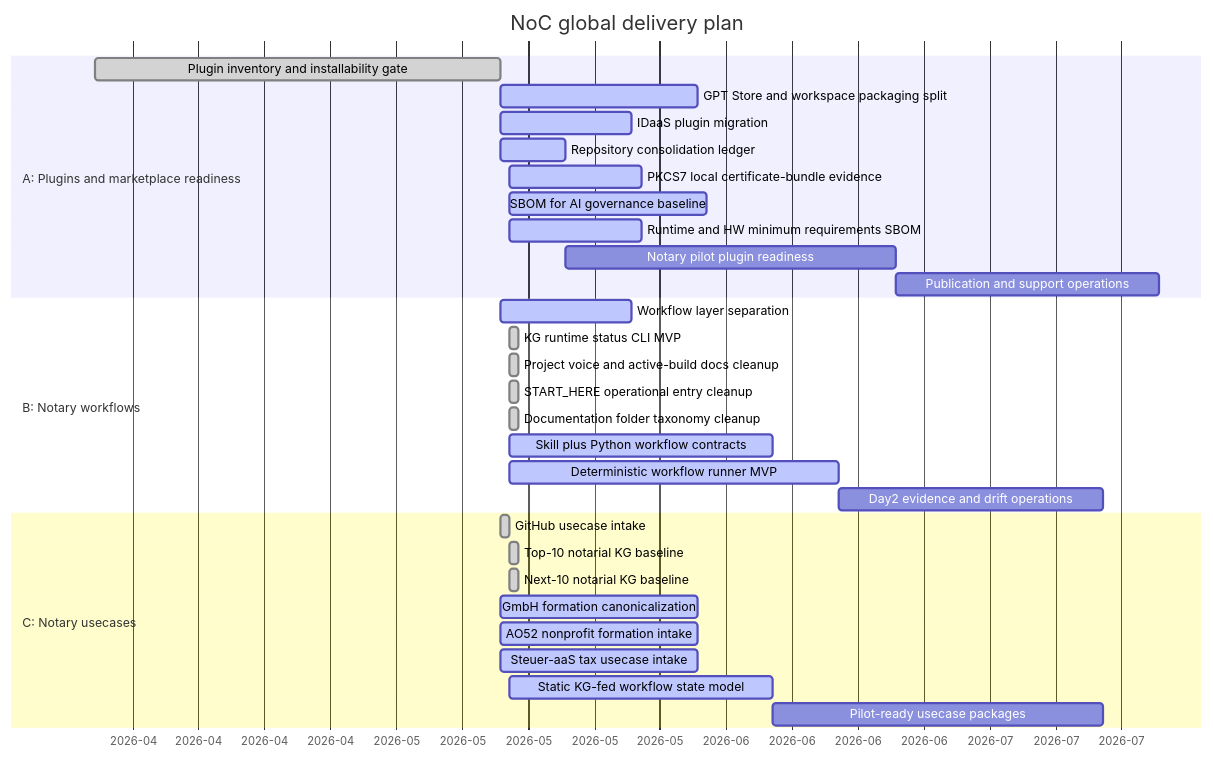
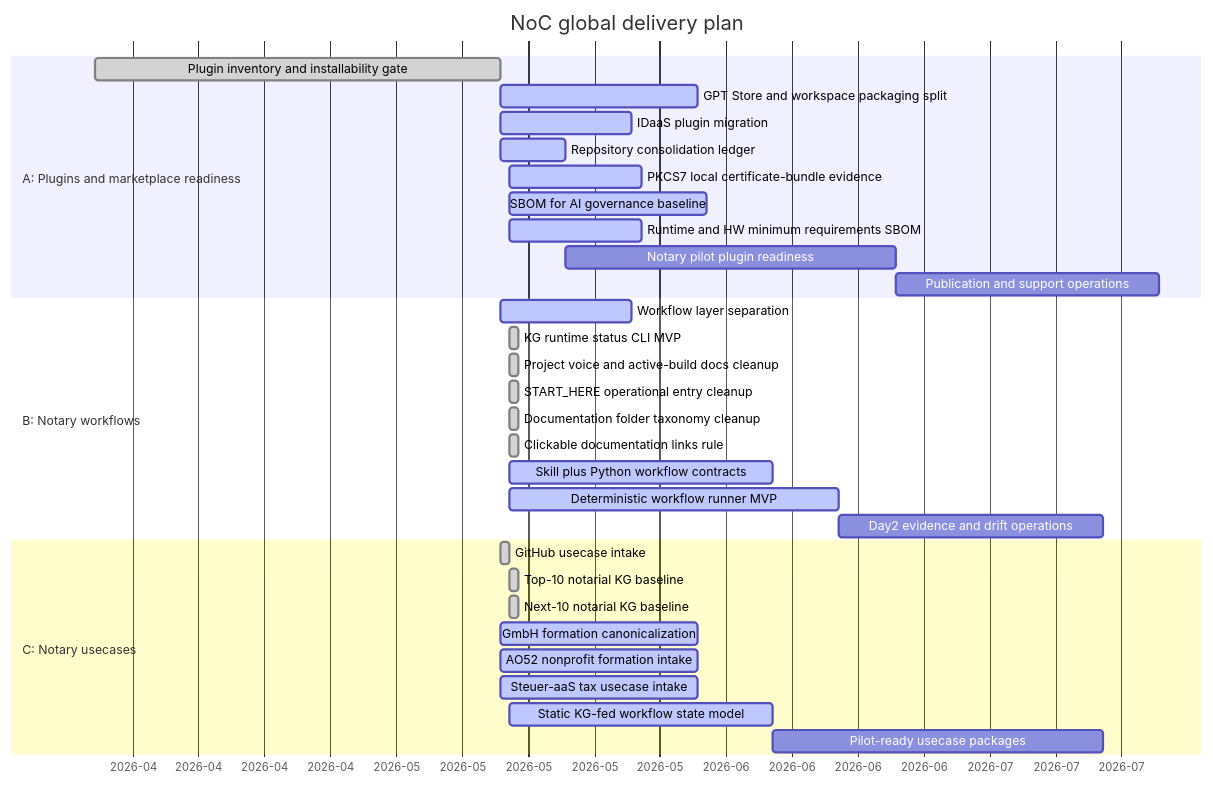
The diagram in roadmap/GANTT.md (notariat8/NaC), drawn with Mermaid before and after one commit. The commit also changed other lines of this file and 37 other files, not shown here.

Commit message:
Enforce clickable documentation links

````diff
--- a/roadmap/GANTT.md
+++ b/roadmap/GANTT.md
@@ -12,37 +12,38 @@
 ```mermaid
 gantt
     title NoC global delivery plan
     dateFormat  YYYY-MM-DD
     axisFormat  %Y-%m
 
     section A: Plugins and marketplace readiness
     Plugin inventory and installability gate     :done,    a1, 2026-04-01, 2026-05-14
     GPT Store and workspace packaging split      :active,  a2, 2026-05-14, 21d
     IDaaS plugin migration                       :active,  a3, 2026-05-14, 14d
     Repository consolidation ledger              :active,  a4, 2026-05-14, 7d
     PKCS7 local certificate-bundle evidence      :active,  a4a, 2026-05-15, 14d
     SBOM for AI governance baseline              :active,  a4b, 2026-05-15, 21d
     Runtime and HW minimum requirements SBOM     :active,  a4c, 2026-05-15, 14d
     Notary pilot plugin readiness                :         a5, after a4, 35d
     Publication and support operations           :         a6, after a5, 28d
 
     section B: Notary workflows
     Workflow layer separation                    :active,  b1, 2026-05-14, 14d
     KG runtime status CLI MVP                    :done,    b1a, 2026-05-15, 1d
     Project voice and active-build docs cleanup  :done,    b1b, 2026-05-15, 1d
     START_HERE operational entry cleanup         :done,    b1c, 2026-05-15, 1d
     Documentation folder taxonomy cleanup        :done,    b1d, 2026-05-15, 1d
+    Clickable documentation links rule           :done,    b1e, 2026-05-15, 1d
     Skill plus Python workflow contracts         :active,  b2, 2026-05-15, 28d
     Deterministic workflow runner MVP            :active,  b3, 2026-05-15, 35d
     Day2 evidence and drift operations           :         b4, after b3, 28d
 
     section C: Notary usecases
     GitHub usecase intake                        :done,    c1, 2026-05-14, 1d
     Top-10 notarial KG baseline                  :done,    c2, 2026-05-15, 1d
     Next-10 notarial KG baseline                 :done,    c3, 2026-05-15, 1d
     GmbH formation canonicalization              :active,  c4, 2026-05-14, 21d
     AO52 nonprofit formation intake              :active,  c5, 2026-05-14, 21d
     Steuer-aaS tax usecase intake                :active,  c6, 2026-05-14, 21d
     Static KG-fed workflow state model           :active,  c7, 2026-05-15, 28d
     Pilot-ready usecase packages                 :         c8, after c7, 35d
 ```
````
